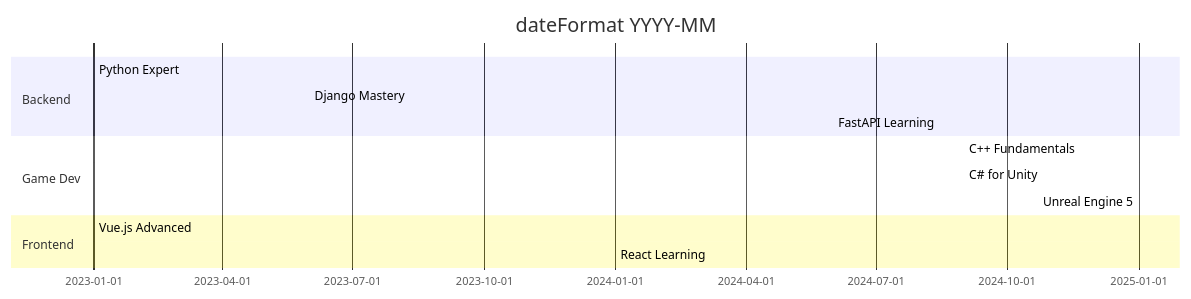
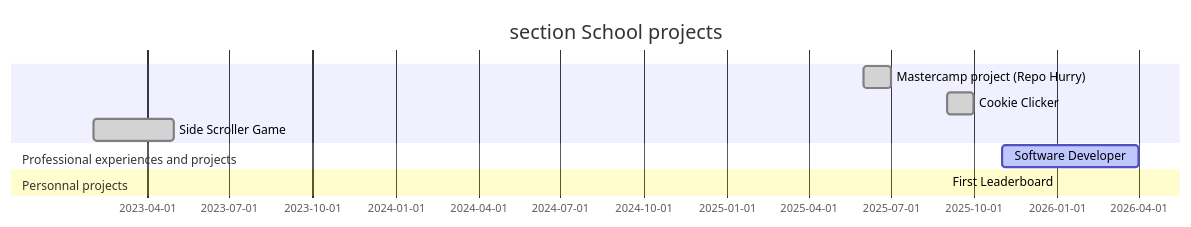
The diagram in Readme.md (Rowuni/Rowuni), drawn with Mermaid before and after one commit. The commit also changed other lines of this file, not shown here.

Commit message:
Student, learning roadmap updated and clean of the file

````diff
--- a/Readme.md
+++ b/Readme.md
@@ -192,16 +192,13 @@
 ```mermaid
 gantt
     title
+    section School projects
+    Mastercamp project (Repo Hurry)       :done, 2025-06, 2025-07
+    Cookie Clicker         :done, 2025-09, 2025-10
+    Side Scroller Game       :done, 2023-02, 2023-05
     dateFormat  YYYY-MM
-    section Backend
-    Python Expert           :done, 2023-01, 2024-12
-    Django Mastery         :done, 2023-06, 2024-06
-    FastAPI Learning       :active, 2024-06, 2025-03
-    section Game Dev
-    C++ Fundamentals       :active, 2024-09, 2025-06
-    C# for Unity          :active, 2024-09, 2025-06
-    Unreal Engine 5       :2025-01, 2025-12
-    section Frontend
-    Vue.js Advanced       :done, 2023-01, 2024-01
-    React Learning        :done, 2024-01, 2024-12
+    section Professional experiences and projects
+    Software Developer           :active, 2025-11, 2026-04
+    section Personnal projects
+    First Leaderboard       :active, 2025-09
 ```
````
